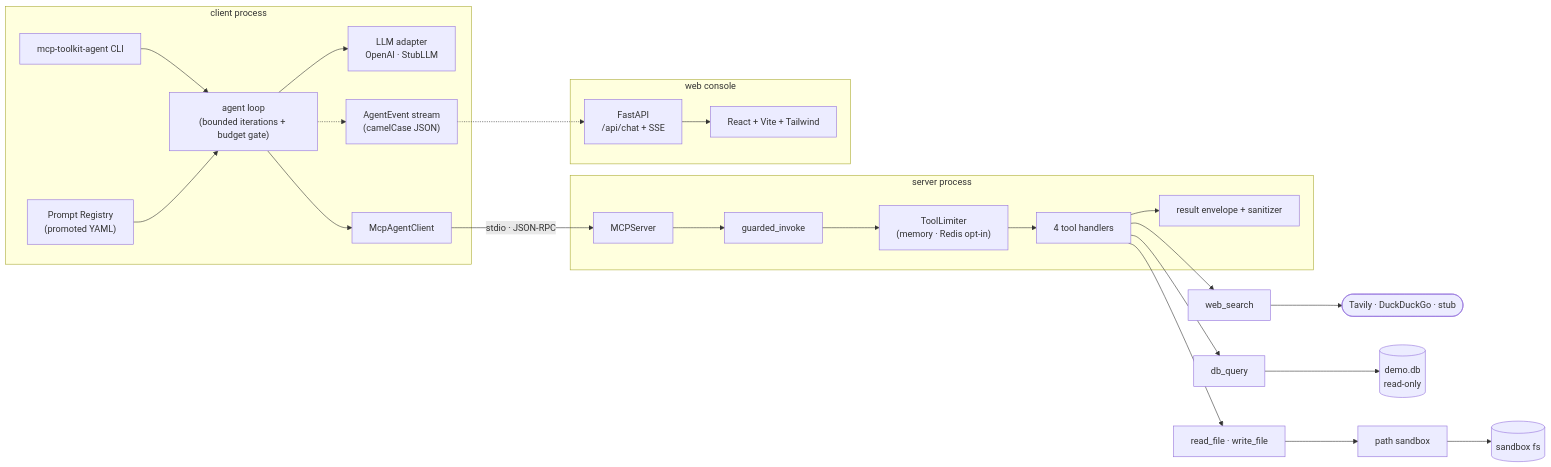
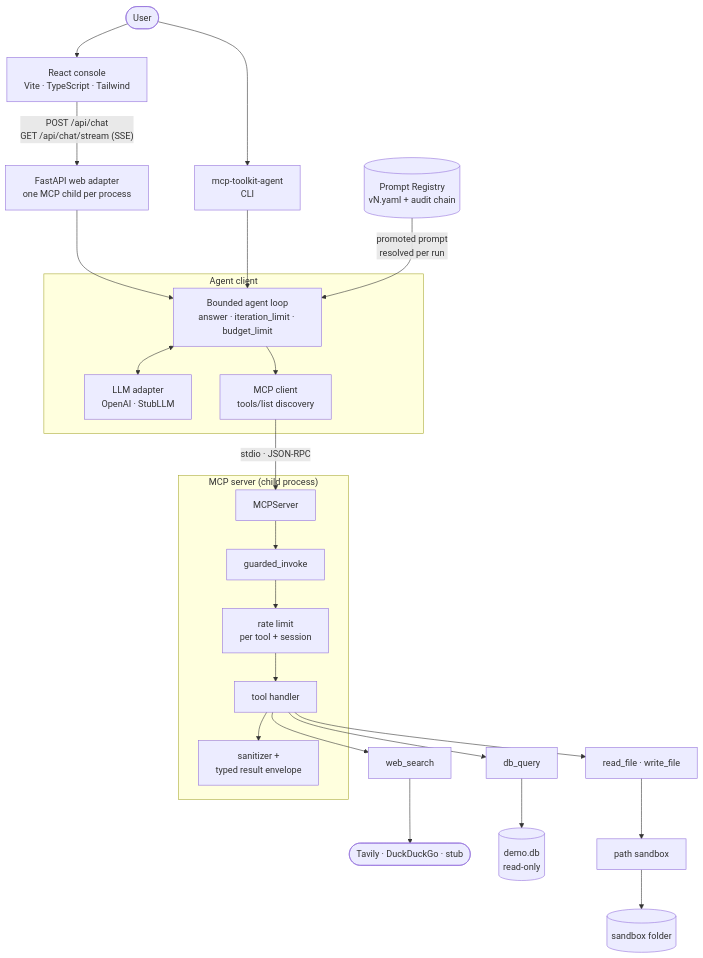
One commit to kanderson-ai-dev/mcp-agent-toolkit changed the first of 5 diagrams in README.md. Above: the diagram before and after it, drawn with Mermaid. The commit also changed other lines of this file, not shown here.

First line of the commit message:
docs: restyle README with architecture diagrams and screenshots

````diff
--- a/README.md
+++ b/README.md
@@ -70,28 +90,30 @@
 ```mermaid
-flowchart LR
-    subgraph client["client process"]
-        CLI["mcp-toolkit-agent CLI"] --> LOOP["agent loop<br/>(bounded iterations + budget gate)"]
-        LOOP --> LLM["LLM adapter<br/>OpenAI · StubLLM"]
-        LOOP --> MCPC["McpAgentClient"]
-        LOOP -.-> EV["AgentEvent stream<br/>(camelCase JSON)"]
-        PROMPT["Prompt Registry<br/>(promoted YAML)"] --> LOOP
+graph TD
+    USER(["User"]) --> UI["React console<br/>Vite · TypeScript · Tailwind"]
+    USER --> CLI["mcp-toolkit-agent<br/>CLI"]
+    UI -- "POST /api/chat<br/>GET /api/chat/stream (SSE)" --> API["FastAPI web adapter<br/>one MCP child per process"]
+
+    API --> LOOP
+    CLI --> LOOP
+
+    subgraph CLIENT["Agent client"]
+        LOOP["Bounded agent loop<br/>answer · iteration_limit · budget_limit"]
+        LOOP <--> LLM["LLM adapter<br/>OpenAI · StubLLM"]
+        LOOP --> MCPC["MCP client<br/>tools/list discovery"]
     end
+
+    REG[("Prompt Registry<br/>vN.yaml + audit chain")] -- "promoted prompt<br/>resolved per run" --> LOOP
 
     MCPC -- "stdio · JSON-RPC" --> SRV
 
-    subgraph server["server process"]
-        SRV["MCPServer"] --> INV["guarded_invoke"]
-        INV --> RL["ToolLimiter<br/>(memory · Redis opt-in)"]
-        RL --> TOOLS["4 tool handlers"]
-        TOOLS --> ENV["result envelope + sanitizer"]
+    subgraph SERVER["MCP server (child process)"]
+        SRV["MCPServer"] --> GI["guarded_invoke"]
+        GI --> RL["rate limit<br/>per tool + session"]
+        RL --> H["tool handler"]
+        H --> SAN["sanitizer +<br/>typed result envelope"]
     end
 
-    TOOLS --> WS["web_search"] --> NET(["Tavily · DuckDuckGo · stub"])
-    TOOLS --> DBQ["db_query"] --> DB[("demo.db<br/>read-only")]
-    TOOLS --> FS["read_file · write_file"] --> SB["path sandbox"] --> FSYS[("sandbox fs")]
-
-    subgraph web["web console"]
-        API["FastAPI<br/>/api/chat + SSE"] --> UI["React + Vite + Tailwind"]
-        EV -.-> API
-    end
+    H --> WS["web_search"] --> NET(["Tavily · DuckDuckGo · stub"])
+    H --> DBQ["db_query"] --> DB[("demo.db<br/>read-only")]
+    H --> FS["read_file · write_file"] --> SB["path sandbox"] --> FSYS[("sandbox folder")]
 ```
````
